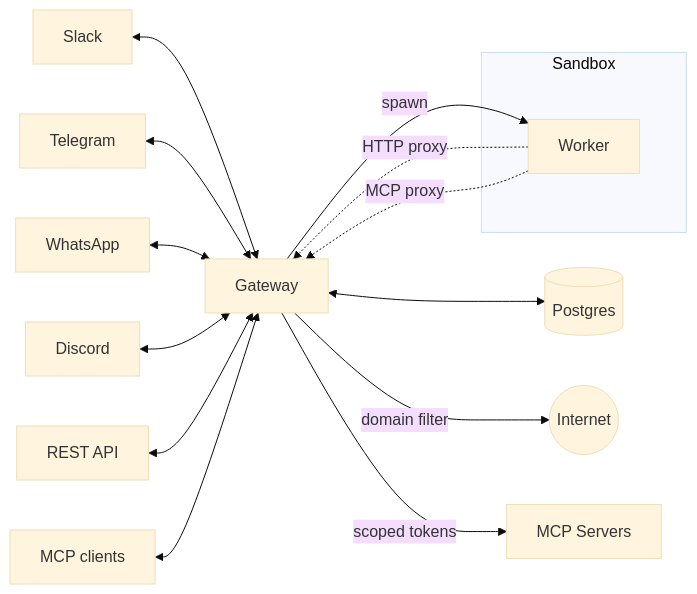
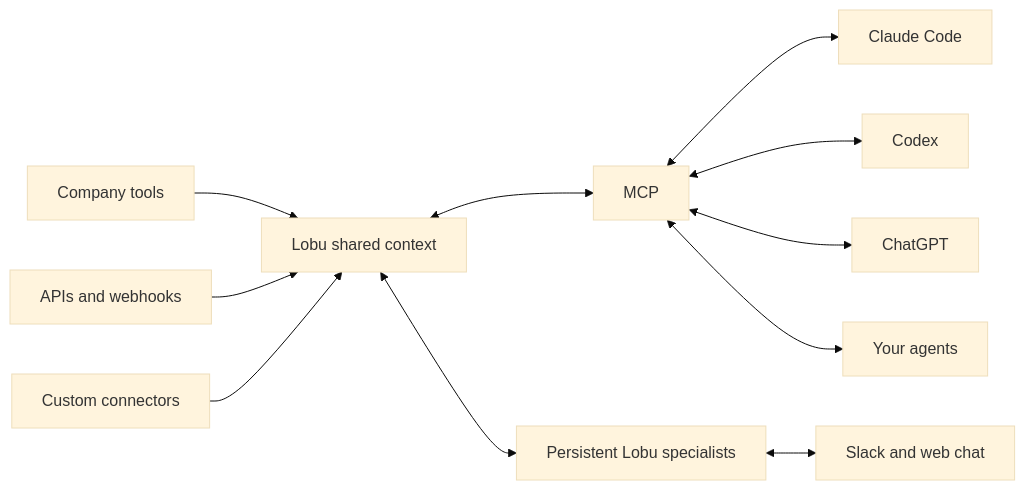
One commit to buremba/peerbot changed the diagram in README.md. Above: the diagram before and after it, drawn with Mermaid (base theme). The commit also changed other lines of this file, not shown here.

Commit message:
docs: reposition Lobu around shared agent context

````diff
--- a/README.md
+++ b/README.md
@@ -87,21 +53,15 @@
 ```mermaid
 flowchart LR
-  Slack[Slack] <--> GW[Gateway]
-  Telegram[Telegram] <--> GW
-  WhatsApp[WhatsApp] <--> GW
-  Discord[Discord] <--> GW
-  API[REST API] <--> GW
-  MCP[MCP clients] <--> GW
+  Tools[Company tools] --> L[Lobu shared context]
+  APIs[APIs and webhooks] --> L
+  Custom[Custom connectors] --> L
 
-  GW <--> PG[(Postgres)]
-  GW -->|spawn| W[Worker]
+  L <--> MCP[MCP]
+  MCP <--> Claude[Claude Code]
+  MCP <--> Codex[Codex]
+  MCP <--> ChatGPT[ChatGPT]
+  MCP <--> Own[Your agents]
 
-  subgraph Sandbox
-    W
-  end
-
-  W -.->|HTTP proxy| GW
-  W -.->|MCP proxy| GW
-  GW -->|domain filter| Internet((Internet))
-  GW -->|scoped tokens| ExtMCP[MCP Servers]
+  L <--> Specialists[Persistent Lobu specialists]
+  Specialists <--> Channels[Slack and web chat]
 ```
````
